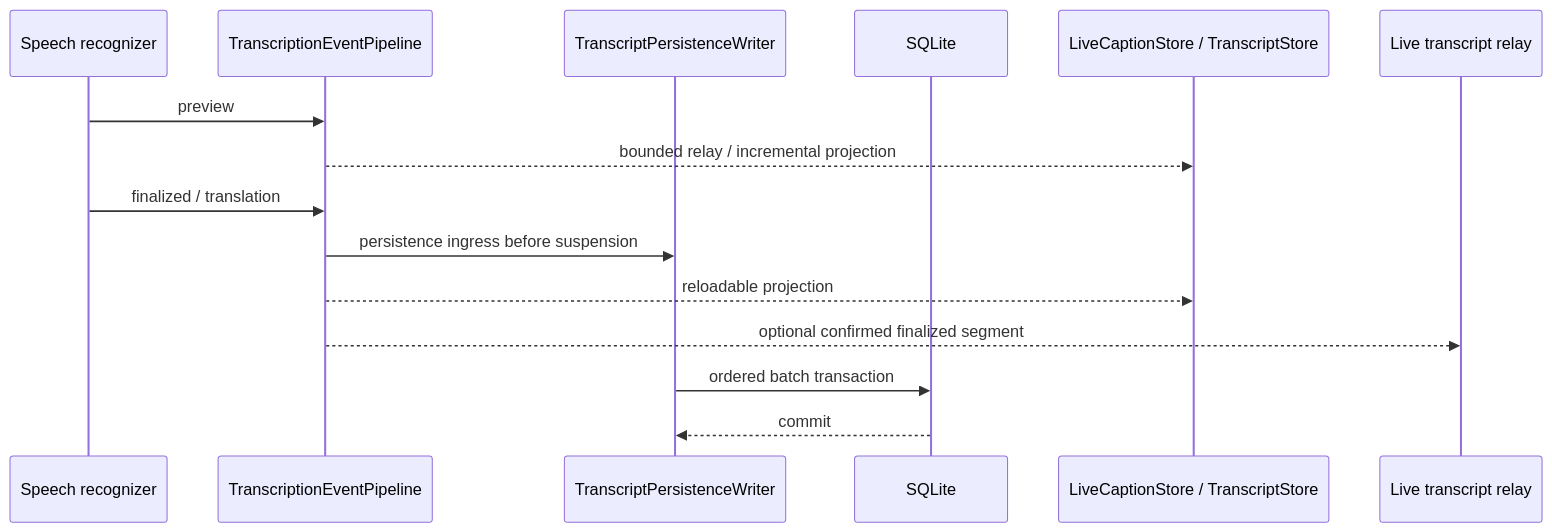
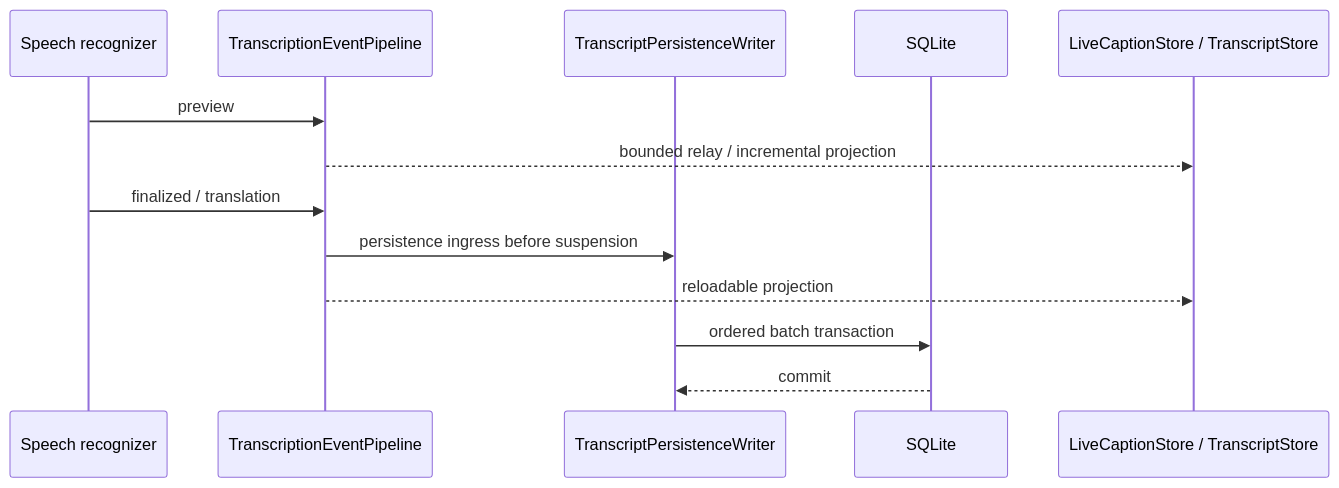
One commit to dahlia-org/dahlia changed the third of 5 diagrams in docs/architecture/audio-transcription-data-flow.md. Above: the diagram before and after it, drawn with Mermaid. The commit also changed other lines of this file and 69 other files, not shown here.

````diff
--- a/docs/architecture/audio-transcription-data-flow.md
+++ b/docs/architecture/audio-transcription-data-flow.md
@@ -190,19 +178,17 @@
 ```mermaid
 sequenceDiagram
     participant Speech as Speech recognizer
     participant Pipeline as TranscriptionEventPipeline
     participant Persist as TranscriptPersistenceWriter
     participant DB as SQLite
     participant UI as LiveCaptionStore / TranscriptStore
-    participant Chat as Live transcript relay
 
     Speech->>Pipeline: preview
     Pipeline-->>UI: bounded relay / incremental projection
 
     Speech->>Pipeline: finalized / translation
     Pipeline->>Persist: persistence ingress before suspension
     Pipeline-->>UI: reloadable projection
-    Pipeline-->>Chat: optional confirmed finalized segment
     Persist->>DB: ordered batch transaction
     DB-->>Persist: commit
 ```
````
